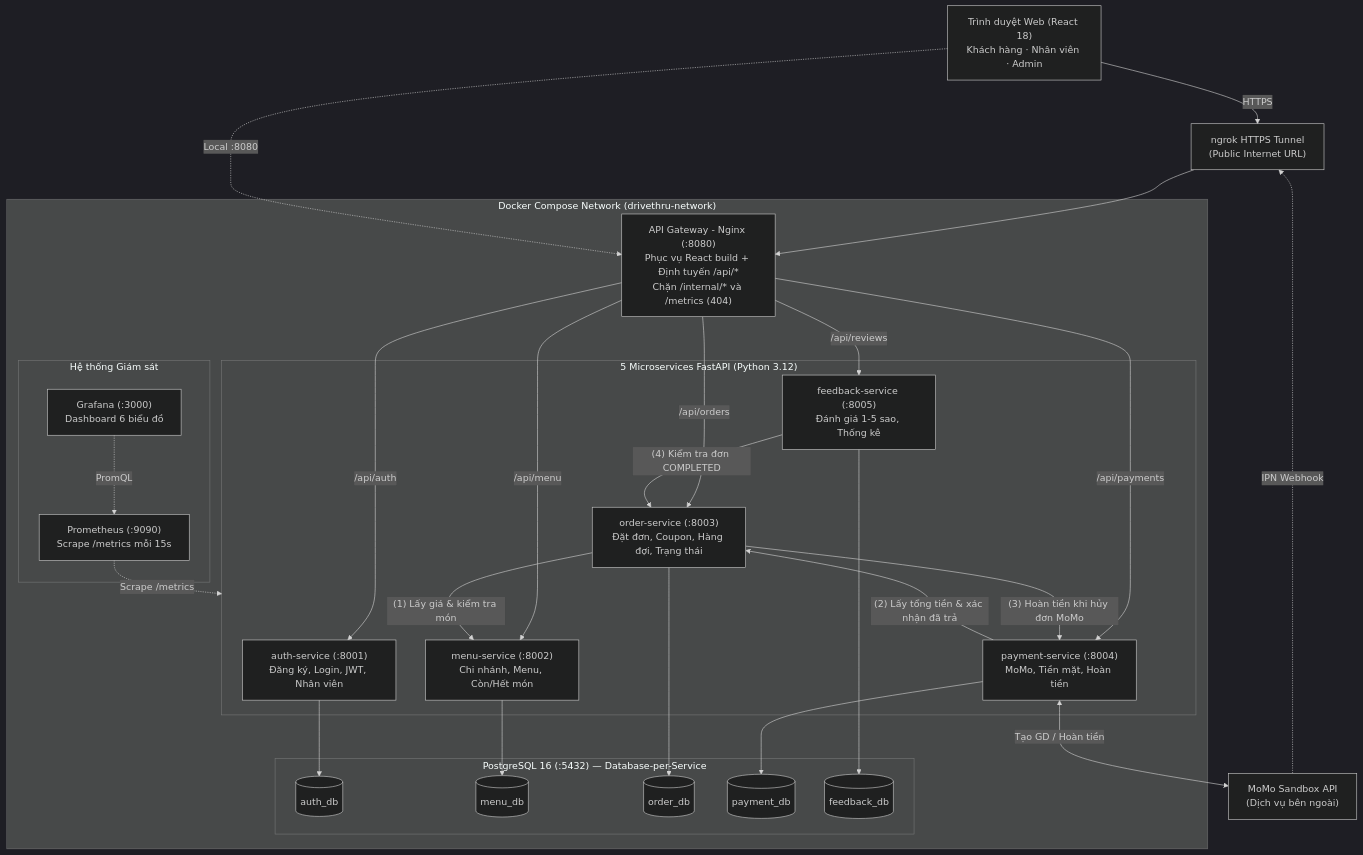
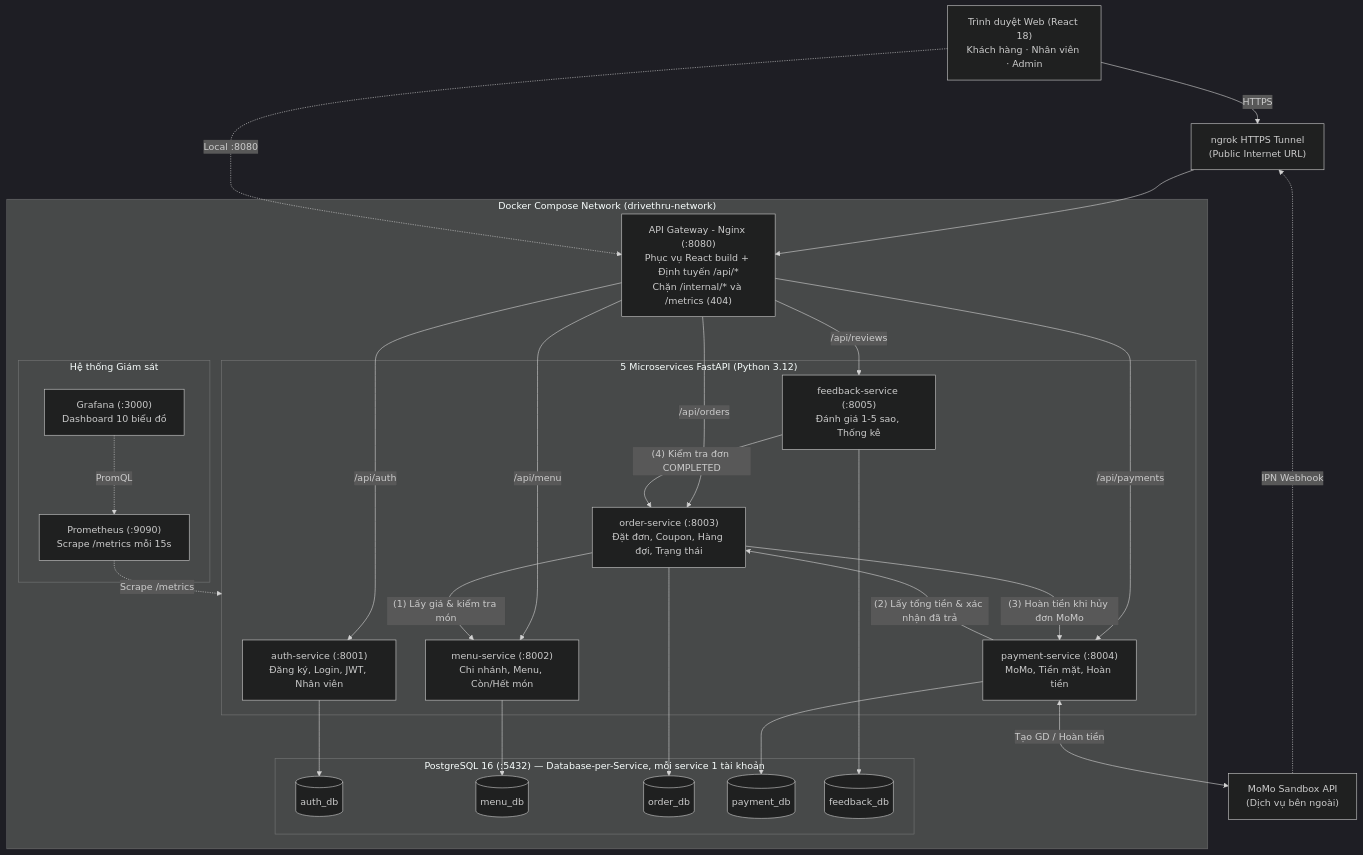
One commit to MinhThaiDangCap/SOA_FinalReport_DriveThru changed the third of 4 diagrams in docs/THIET_KE_HE_THONG_USECASE_ERD.md. Above: the diagram before and after it, drawn with Mermaid (dark theme). The commit also changed other lines of this file, not shown here.

First line of the commit message:
docs: cập nhật tài liệu thiết kế cho khớp code

````diff
--- a/docs/THIET_KE_HE_THONG_USECASE_ERD.md
+++ b/docs/THIET_KE_HE_THONG_USECASE_ERD.md
@@ -421,58 +446,58 @@
 ```mermaid
 flowchart TB
     Client["Trình duyệt Web (React 18)<br/>Khách hàng · Nhân viên · Admin"]
     MoMo["MoMo Sandbox API<br/>(Dịch vụ bên ngoài)"]
     Ngrok["ngrok HTTPS Tunnel<br/>(Public Internet URL)"]
 
     subgraph Docker["Docker Compose Network (drivethru-network)"]
         GW["API Gateway - Nginx (:8080)<br/>Phục vụ React build + Định tuyến /api/*<br/>Chặn /internal/* và /metrics (404)"]
 
         subgraph Services["5 Microservices FastAPI (Python 3.12)"]
             AUTH["auth-service (:8001)<br/>Đăng ký, Login, JWT, Nhân viên"]
             MENU["menu-service (:8002)<br/>Chi nhánh, Menu, Còn/Hết món"]
             ORDER["order-service (:8003)<br/>Đặt đơn, Coupon, Hàng đợi, Trạng thái"]
             PAY["payment-service (:8004)<br/>MoMo, Tiền mặt, Hoàn tiền"]
             FB["feedback-service (:8005)<br/>Đánh giá 1-5 sao, Thống kê"]
         end
 
-        subgraph DB["PostgreSQL 16 (:5432) — Database-per-Service"]
+        subgraph DB["PostgreSQL 16 (:5432) — Database-per-Service, mỗi service 1 tài khoản"]
             DB1[("auth_db")]
             DB2[("menu_db")]
             DB3[("order_db")]
             DB4[("payment_db")]
             DB5[("feedback_db")]
         end
 
         subgraph Mon["Hệ thống Giám sát"]
             PROM["Prometheus (:9090)<br/>Scrape /metrics mỗi 15s"]
-            GRAF["Grafana (:3000)<br/>Dashboard 6 biểu đồ"]
+            GRAF["Grafana (:3000)<br/>Dashboard 10 biểu đồ"]
         end
     end
 
     Client -->|HTTPS| Ngrok
     Ngrok --> GW
     Client -.->|Local :8080| GW
     MoMo -.->|IPN Webhook| Ngrok
 
     GW -->|/api/auth| AUTH
     GW -->|/api/menu| MENU
     GW -->|/api/orders| ORDER
     GW -->|/api/payments| PAY
     GW -->|/api/reviews| FB
 
     AUTH --> DB1
     MENU --> DB2
     ORDER --> DB3
     PAY --> DB4
     FB --> DB5
 
     %% Gọi nội bộ giữa các service (REST + X-Internal-Key)
     ORDER -->|"(1) Lấy giá & kiểm tra món"| MENU
     PAY -->|"(2) Lấy tổng tiền & xác nhận đã trả"| ORDER
     ORDER -->|"(3) Hoàn tiền khi hủy đơn MoMo"| PAY
     FB -->|"(4) Kiểm tra đơn COMPLETED"| ORDER
     PAY <-->|Tạo GD / Hoàn tiền| MoMo
 
     PROM -.->|Scrape /metrics| Services
     GRAF -.->|PromQL| PROM
 ```
````
